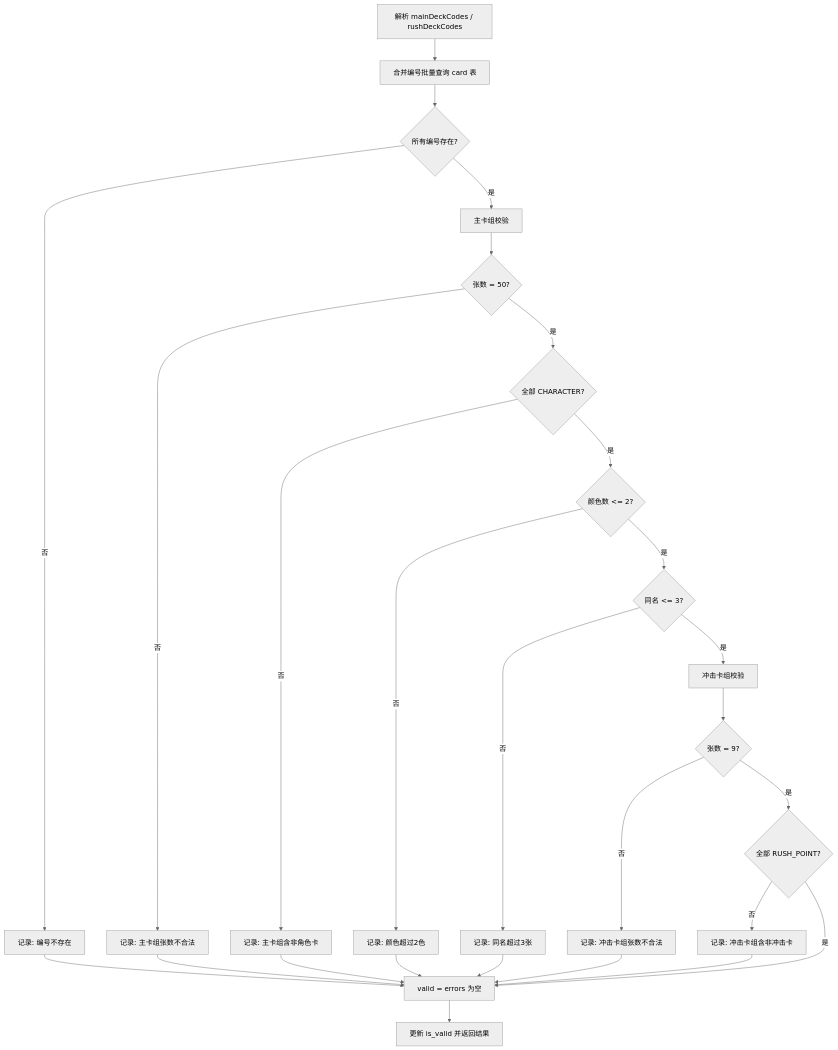
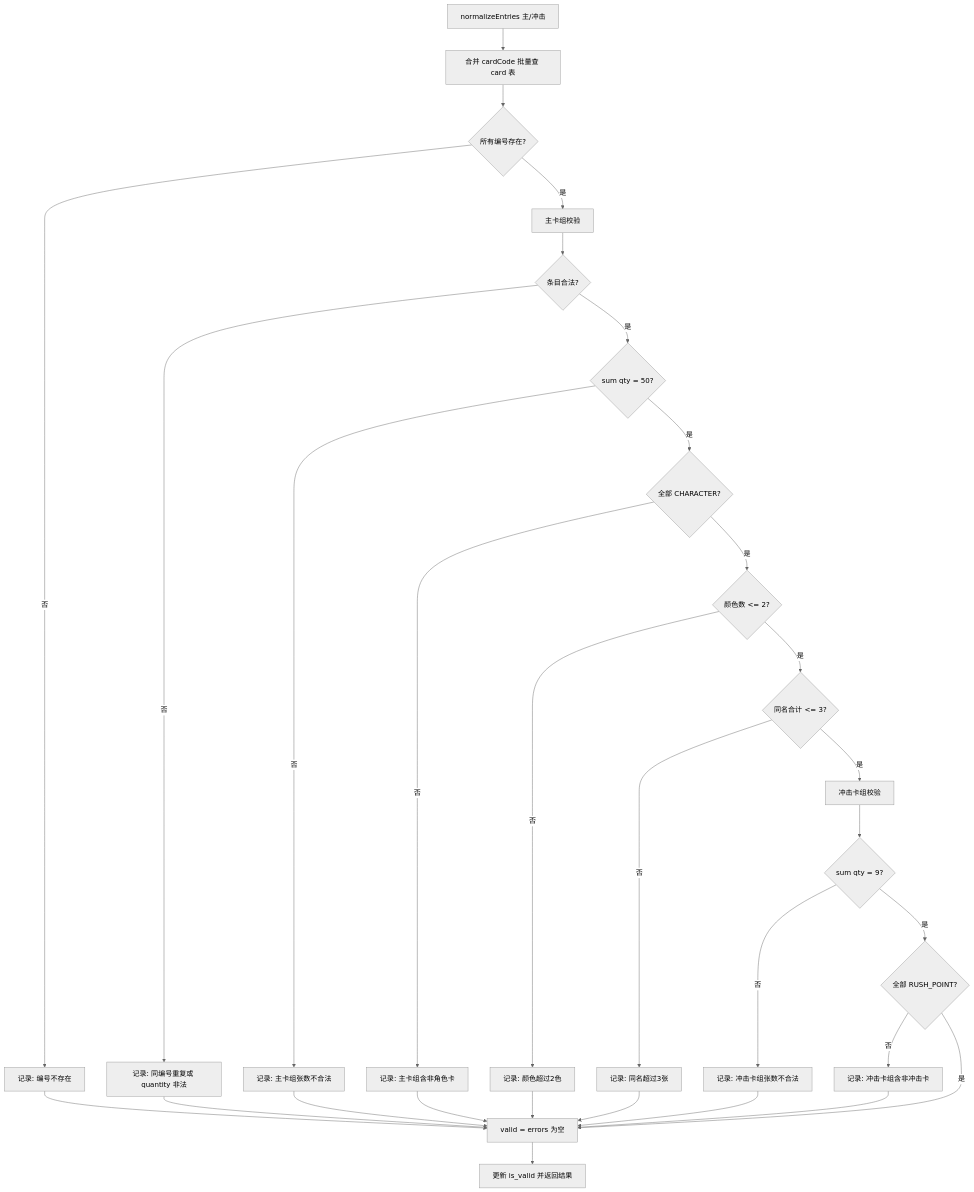
Before and after one commit to yuJunOk/mtcg: the first of 2 diagrams in docs/设计文档/05-详细设计-迭代三-卡组构筑与卡牌收藏.md, drawn with Mermaid (neutral theme). The commit also changed other lines of this file and 2 other files, not shown here.

````diff
--- a/docs/设计文档/05-详细设计-迭代三-卡组构筑与卡牌收藏.md
+++ b/docs/设计文档/05-详细设计-迭代三-卡组构筑与卡牌收藏.md
@@ -406,29 +469,32 @@
 ```mermaid
 flowchart TD
-    A[解析 mainDeckCodes / rushDeckCodes] --> B[合并编号批量查询 card 表]
+    A[normalizeEntries 主/冲击] --> B[合并 cardCode 批量查 card 表]
     B --> C{所有编号存在?}
     C -->|否| E1[记录: 编号不存在]
     C -->|是| D[主卡组校验]
-    D --> D1{张数 = 50?}
+    D --> D0{条目合法?}
+    D0 -->|否| E0[记录: 同编号重复或 quantity 非法]
+    D0 -->|是| D1{sum qty = 50?}
     D1 -->|否| E2[记录: 主卡组张数不合法]
     D1 -->|是| D2{全部 CHARACTER?}
     D2 -->|否| E3[记录: 主卡组含非角色卡]
     D2 -->|是| D3{颜色数 <= 2?}
     D3 -->|否| E4[记录: 颜色超过2色]
-    D3 -->|是| D4{同名 <= 3?}
+    D3 -->|是| D4{同名合计 <= 3?}
     D4 -->|否| E5[记录: 同名超过3张]
     D4 -->|是| F[冲击卡组校验]
-    F --> F1{张数 = 9?}
+    F --> F1{sum qty = 9?}
     F1 -->|否| E6[记录: 冲击卡组张数不合法]
     F1 -->|是| F2{全部 RUSH_POINT?}
     F2 -->|否| E7[记录: 冲击卡组含非冲击卡]
     F2 -->|是| G[valid = errors 为空]
+    E0 --> G
     E1 --> G
     E2 --> G
     E3 --> G
     E4 --> G
     E5 --> G
     E6 --> G
     E7 --> G
     G --> H[更新 is_valid 并返回结果]
 ```
````
